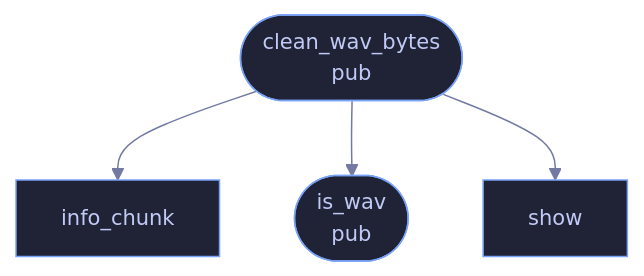
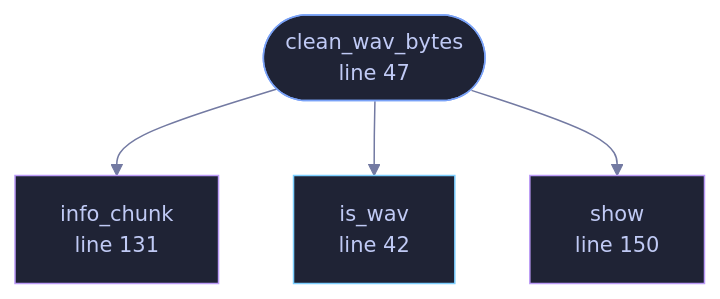
The diagram in docs/files/veilvoice-meta/wav.md (tilas01/veilvoice), drawn with Mermaid before and after one commit. The commit also changed other lines of this file and 182 other files, not shown here.

````diff
--- a/docs/files/veilvoice-meta/wav.md
+++ b/docs/files/veilvoice-meta/wav.md
@@ -54,11 +66,17 @@
 ```mermaid
 %%{init: {"theme":"base","themeVariables":{"background":"#1a1b26","primaryColor":"#1f2335","primaryTextColor":"#c0caf5","primaryBorderColor":"#7aa2f7","secondaryColor":"#16161e","tertiaryColor":"#16161e","lineColor":"#737aa2","textColor":"#c0caf5","mainBkg":"#1f2335","nodeBorder":"#7aa2f7","clusterBkg":"#16161e","clusterBorder":"#2f3549","fontFamily":"ui-monospace, SFMono-Regular, Consolas, monospace","fontSize":"14px"}}}%%
 flowchart TD
-    n_is_wav(["is_wav<br/>pub"])
-    n_clean_wav_bytes(["clean_wav_bytes<br/>pub"])
-    n_info_chunk["info_chunk"]
-    n_show["show"]
+    n_is_wav["is_wav<br/>line 42"]
+    n_clean_wav_bytes(["clean_wav_bytes<br/>line 47"])
+    n_info_chunk["info_chunk<br/>line 131"]
+    n_show["show<br/>line 150"]
     n_clean_wav_bytes --> n_info_chunk
     n_clean_wav_bytes --> n_is_wav
     n_clean_wav_bytes --> n_show
+    classDef entry fill:#1f2335,stroke:#7aa2f7,color:#c0caf5
+    class n_clean_wav_bytes entry
+    classDef api fill:#1f2335,stroke:#7dcfff,color:#c0caf5
+    class n_is_wav api
+    classDef helper fill:#1f2335,stroke:#bb9af7,color:#c0caf5
+    class n_info_chunk,n_show helper
 ```
````
